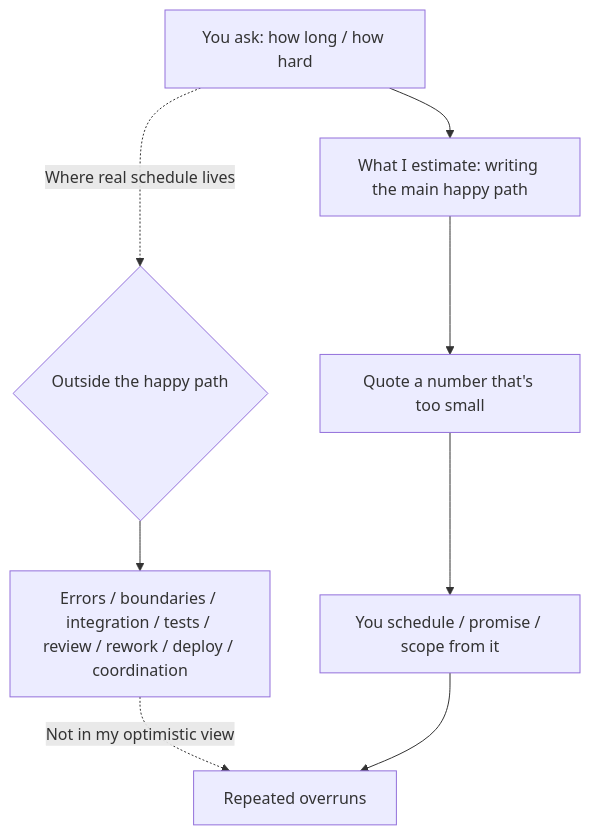
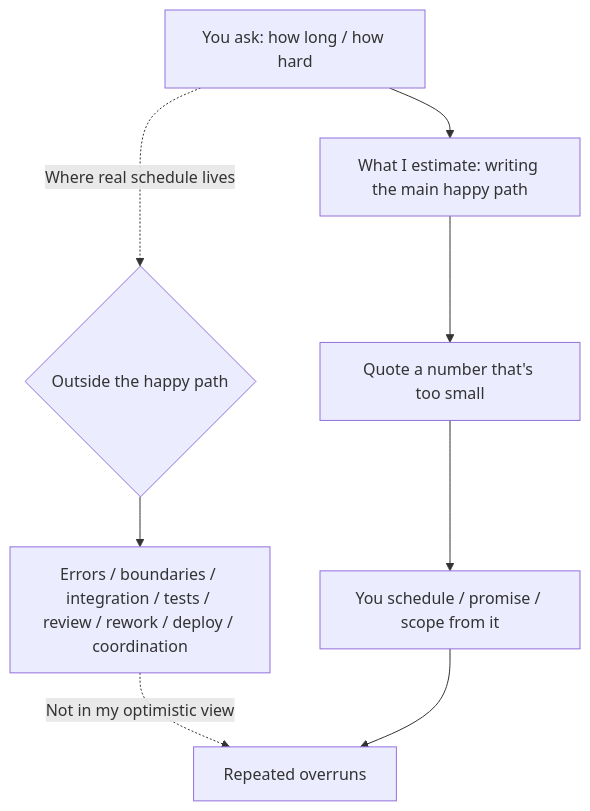
One commit to XuebinMa/AIWiki changed the diagram in i18n/en/docusaurus-plugin-content-docs/current/01-ideation-feasibility/underestimating-effort.mdx. Above: the diagram before and after it, drawn with Mermaid. The commit also changed 99 other files, not shown here.

First line of the commit message:
fix(mermaid): 全局根治节点文字裁切（htmlLabels:false + 清理 br/nbsp 占位）(#26)

````diff
--- a/i18n/en/docusaurus-plugin-content-docs/current/01-ideation-feasibility/underestimating-effort.mdx
+++ b/i18n/en/docusaurus-plugin-content-docs/current/01-ideation-feasibility/underestimating-effort.mdx
@@ -38,10 +38,10 @@
 ```mermaid
 flowchart TD
     A[You ask: how long / how hard] --> B[What I estimate: writing the main happy path]
     B --> C[Quote a number that's too small]
     C --> D[You schedule / promise / scope from it]
-    A -. Where real schedule lives .-> E{Outside the happy path<br/>&nbsp;}
+    A -. Where real schedule lives .-> E{Outside the happy path}
     E --> F[Errors / boundaries / integration / tests / review / rework / deploy / coordination]
     F -. Not in my optimistic view .-> G[Repeated overruns]
     D --> G
 ```
````
